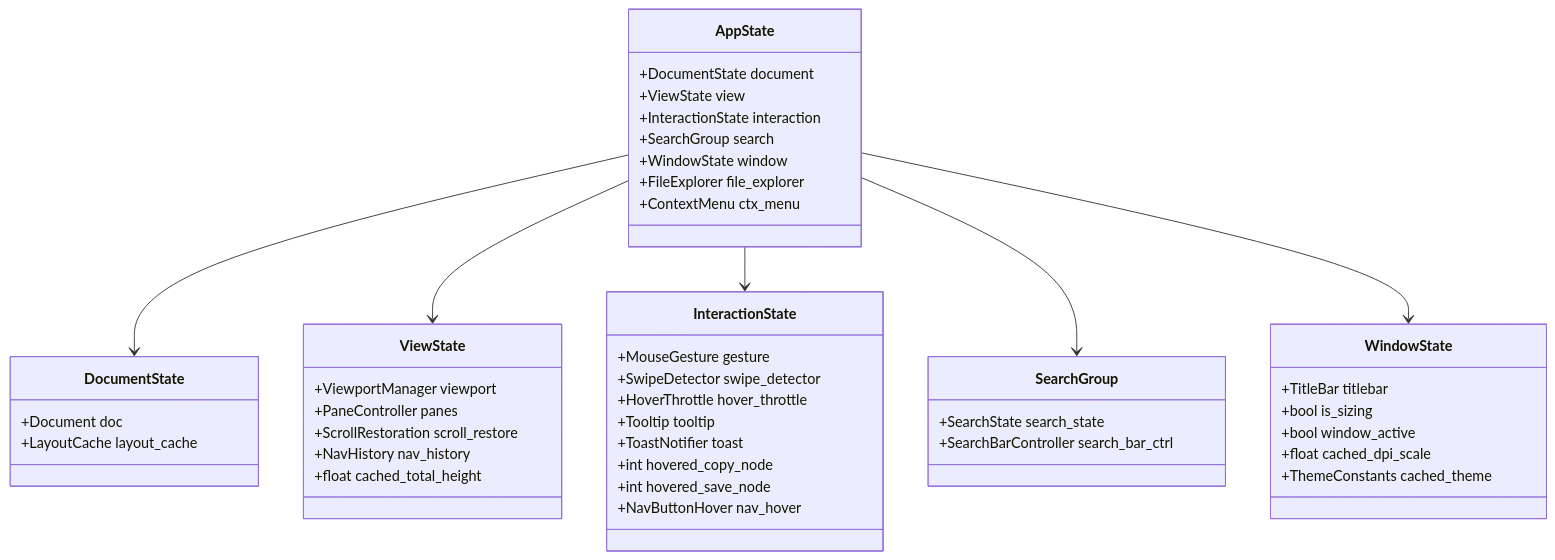
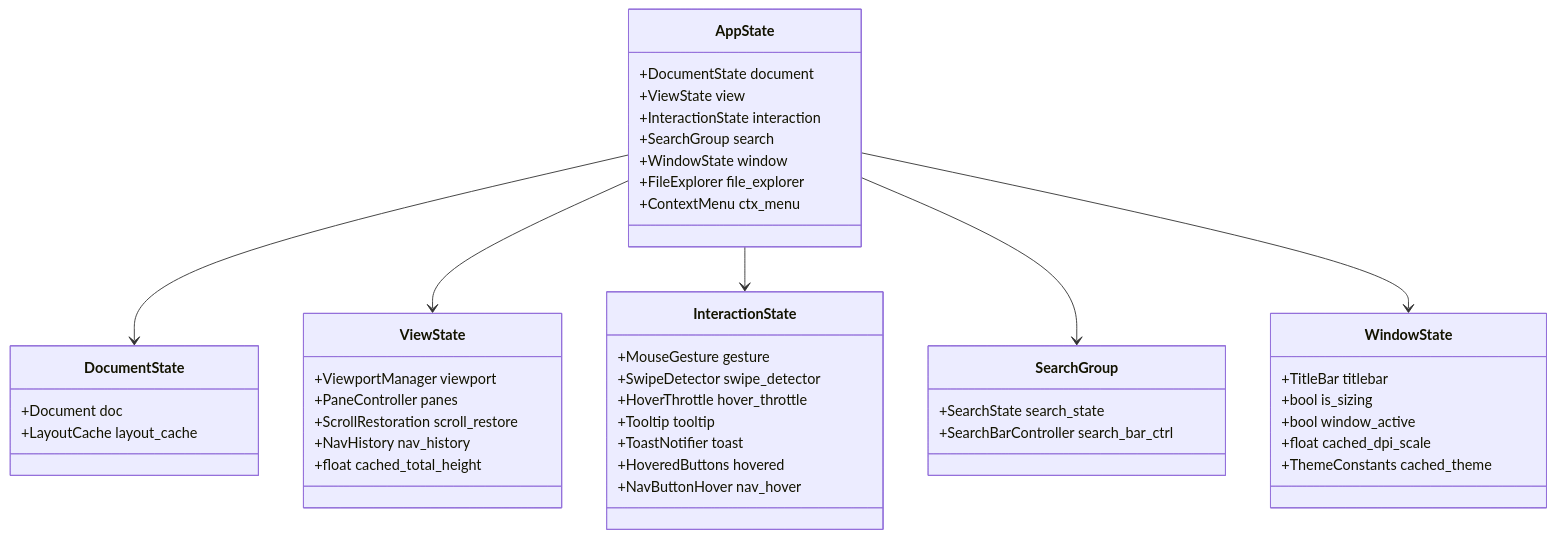
The fourth of 27 diagrams in example/test.md (tanaton/mendo), drawn with Mermaid before and after one commit. The commit also changed other lines of this file, not shown here.

````diff
--- a/example/test.md
+++ b/example/test.md
@@ -423,55 +523,54 @@
 ```mermaid
 classDiagram
     class AppState {
         +DocumentState document
         +ViewState view
         +InteractionState interaction
         +SearchGroup search
         +WindowState window
         +FileExplorer file_explorer
         +ContextMenu ctx_menu
     }
 
     class DocumentState {
         +Document doc
         +LayoutCache layout_cache
     }
 
     class ViewState {
         +ViewportManager viewport
         +PaneController panes
         +ScrollRestoration scroll_restore
         +NavHistory nav_history
         +float cached_total_height
     }
 
     class InteractionState {
         +MouseGesture gesture
         +SwipeDetector swipe_detector
         +HoverThrottle hover_throttle
         +Tooltip tooltip
         +ToastNotifier toast
-        +int hovered_copy_node
-        +int hovered_save_node
+        +HoveredButtons hovered
         +NavButtonHover nav_hover
     }
 
     class SearchGroup {
         +SearchState search_state
         +SearchBarController search_bar_ctrl
     }
 
     class WindowState {
         +TitleBar titlebar
         +bool is_sizing
         +bool window_active
         +float cached_dpi_scale
         +ThemeConstants cached_theme
     }
 
     AppState --> DocumentState
     AppState --> ViewState
     AppState --> InteractionState
     AppState --> SearchGroup
     AppState --> WindowState
 ```
````
